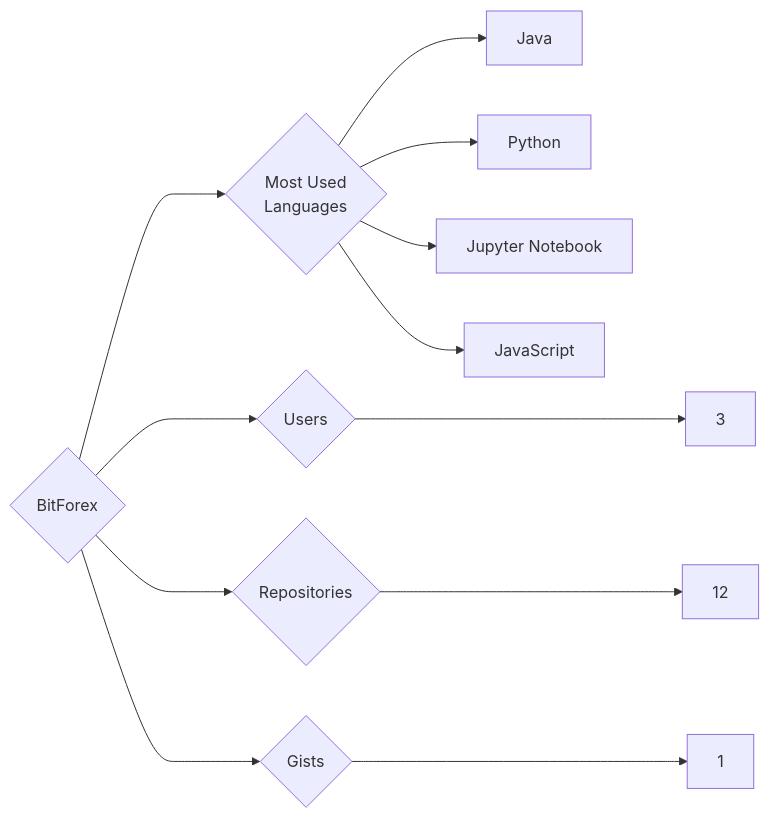
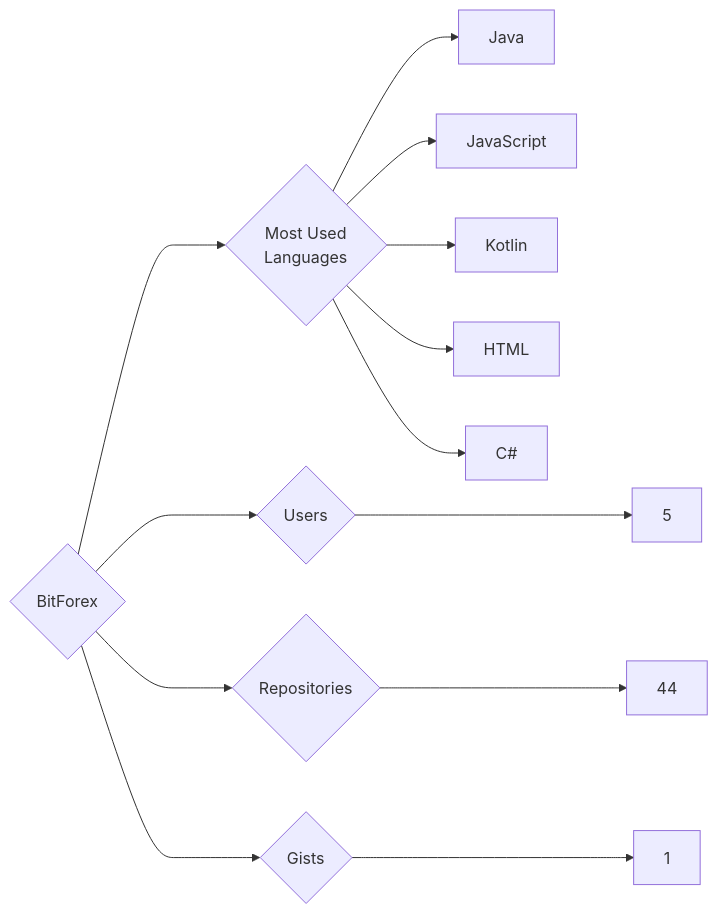
Before and after one commit to trickest/insiders: the diagram in targets/BitForex/README.md, drawn with Mermaid. The commit also changed 1089 other files, not shown here.

````diff
--- a/targets/BitForex/README.md
+++ b/targets/BitForex/README.md
@@ -3,12 +3,13 @@
 ```mermaid
 graph LR
 COMPANY_NAME{BitForex}
-COMPANY_NAME ---> U{Users} ---> UN[3]
-COMPANY_NAME ---> R{Repositories} ---> RN[12]
+COMPANY_NAME ---> U{Users} ---> UN[5]
+COMPANY_NAME ---> R{Repositories} ---> RN[44]
 COMPANY_NAME ---> G{Gists} ---> GN[1]
 COMPANY_NAME ---> ML{Most Used<br>Languages}
 ML --> Java[Java]
-ML --> Python[Python]
-ML --> Jupyter_Notebook[Jupyter Notebook]
 ML --> JavaScript[JavaScript]
+ML --> Kotlin[Kotlin]
+ML --> HTML[HTML]
+ML --> C#[C#]
 ```
````
